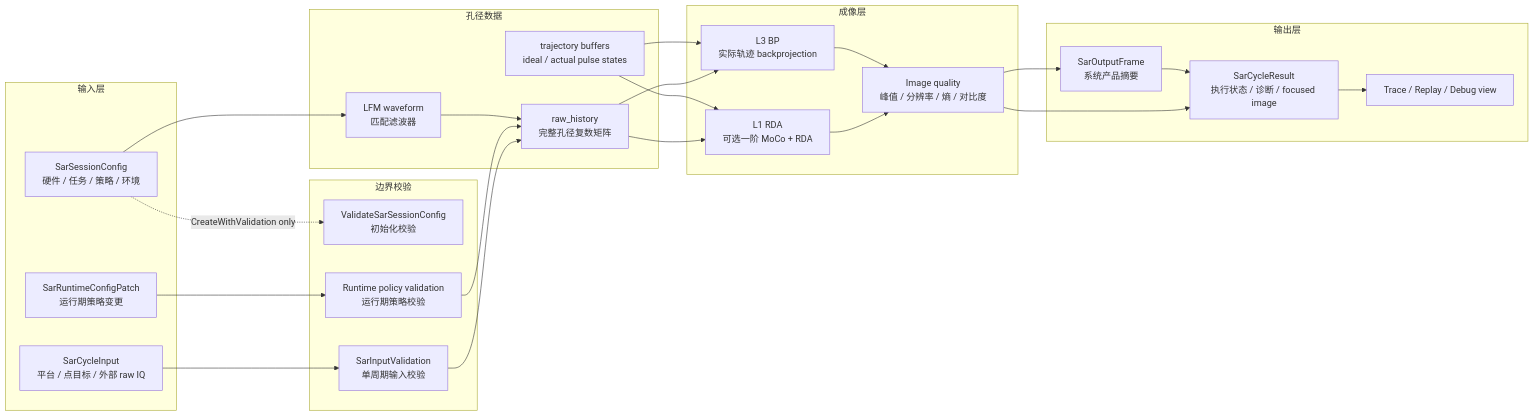
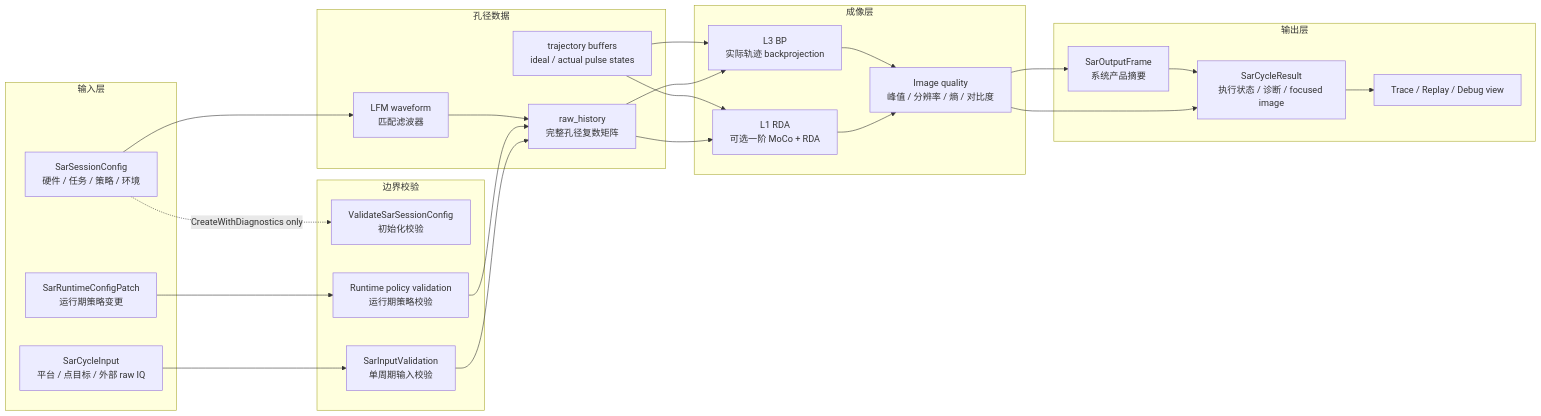
One commit to boilwater-3/1q changed the third of 4 diagrams in docs/sar/data-flow.md. Above: the diagram before and after it, drawn with Mermaid. The commit also changed other lines of this file and 21 other files, not shown here.

````diff
--- a/docs/sar/data-flow.md
+++ b/docs/sar/data-flow.md
@@ -130,50 +130,50 @@
 ```mermaid
 flowchart LR
   subgraph Input["输入层"]
     Config["SarSessionConfig\n硬件 / 任务 / 策略 / 环境"]
     Cycle["SarCycleInput\n平台 / 点目标 / 外部 raw IQ"]
     Patch["SarRuntimeConfigPatch\n运行期策略变更"]
   end
 
   subgraph Gate["边界校验"]
     ConfigCheck["ValidateSarSessionConfig\n初始化校验"]
     StepCheck["SarInputValidation\n单周期输入校验"]
     PolicyCheck["Runtime policy validation\n运行期策略校验"]
   end
 
   subgraph Aperture["孔径数据"]
     Waveform["LFM waveform\n匹配滤波器"]
     RawHistory["raw_history\n完整孔径复数矩阵"]
     Trajectory["trajectory buffers\nideal / actual pulse states"]
   end
 
   subgraph Imaging["成像层"]
     Rda["L1 RDA\n可选一阶 MoCo + RDA"]
     Bp["L3 BP\n实际轨迹 backprojection"]
     Quality["Image quality\n峰值 / 分辨率 / 熵 / 对比度"]
   end
 
   subgraph Output["输出层"]
     Frame["SarOutputFrame\n系统产品摘要"]
     Result["SarCycleResult\n执行状态 / 诊断 / focused image"]
     Observability["Trace / Replay / Debug view"]
   end
 
-  Config -. "CreateWithValidation only" .-> ConfigCheck
+  Config -. "CreateWithDiagnostics only" .-> ConfigCheck
   Config --> Waveform
   Patch --> PolicyCheck
   Cycle --> StepCheck
   StepCheck --> RawHistory
   PolicyCheck --> RawHistory
   Waveform --> RawHistory
   RawHistory --> Rda
   Trajectory --> Rda
   RawHistory --> Bp
   Trajectory --> Bp
   Rda --> Quality
   Bp --> Quality
   Quality --> Frame
   Quality --> Result
   Frame --> Result
   Result --> Observability
 ```
````
